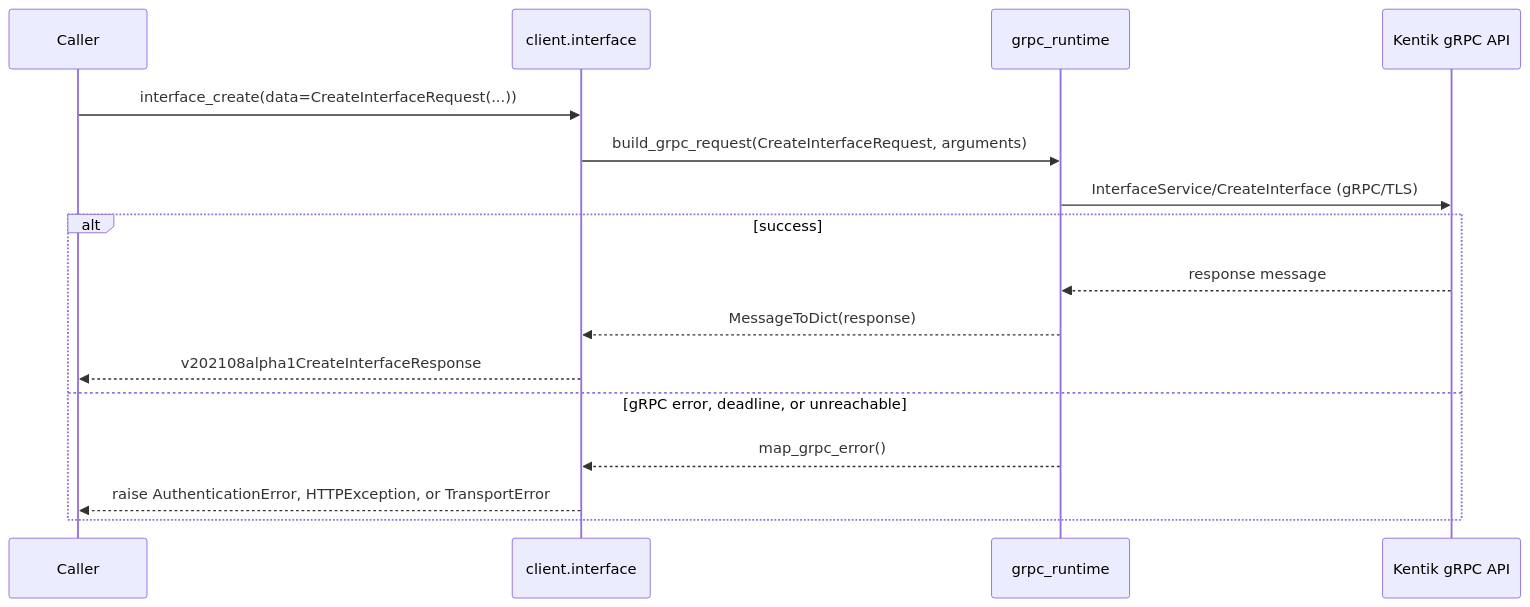
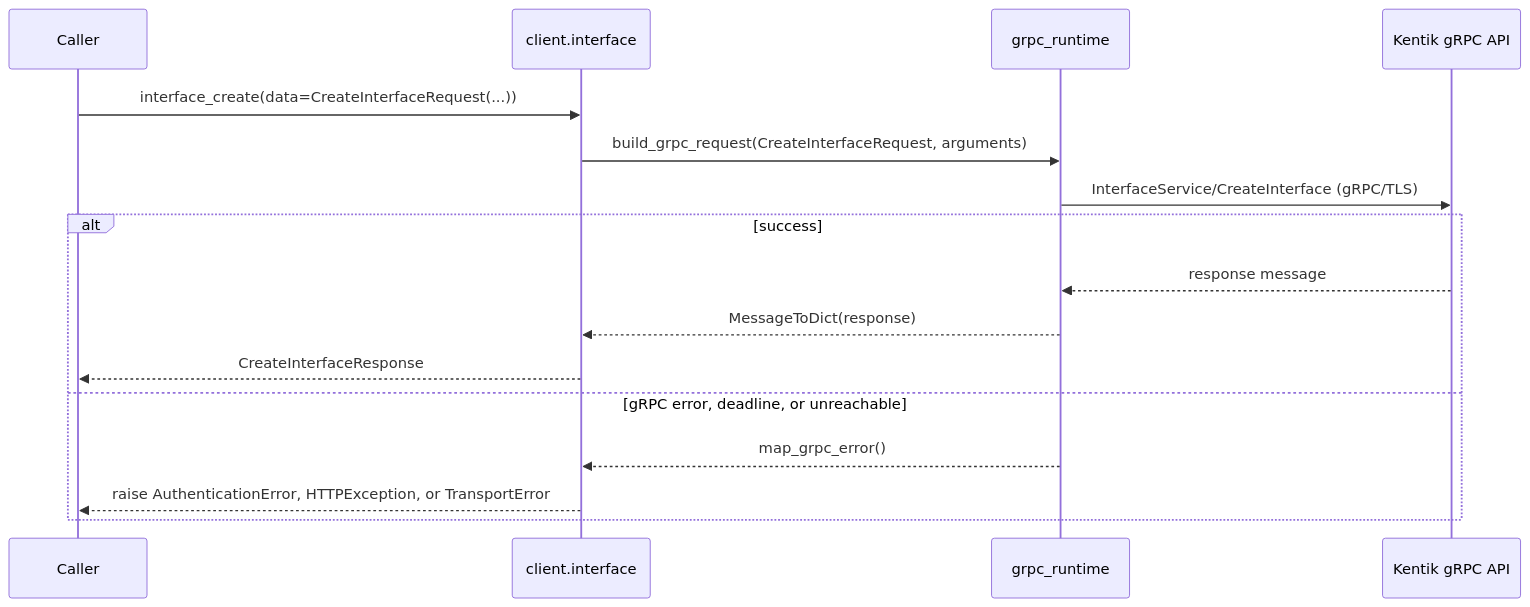
One commit to alexdearaujo/community_sdk_python changed the fifth of 14 diagrams in docs/sphinx/services/interface.md. Above: the diagram before and after it, drawn with Mermaid. The commit also changed other lines of this file and 38 other files, not shown here.

````diff
--- a/docs/sphinx/services/interface.md
+++ b/docs/sphinx/services/interface.md
@@ -139,19 +139,19 @@
 ```mermaid
 sequenceDiagram
     participant C as Caller
     participant W as client.interface
     participant R as grpc_runtime
     participant API as Kentik gRPC API
 
     C->>W: interface_create(data=CreateInterfaceRequest(...))
     W->>R: build_grpc_request(CreateInterfaceRequest, arguments)
     R->>API: InterfaceService/CreateInterface (gRPC/TLS)
     alt success
         API-->>R: response message
         R-->>W: MessageToDict(response)
-        W-->>C: v202108alpha1CreateInterfaceResponse
+        W-->>C: CreateInterfaceResponse
     else gRPC error, deadline, or unreachable
         R-->>W: map_grpc_error()
         W-->>C: raise AuthenticationError, HTTPException, or TransportError
     end
 ```
````
